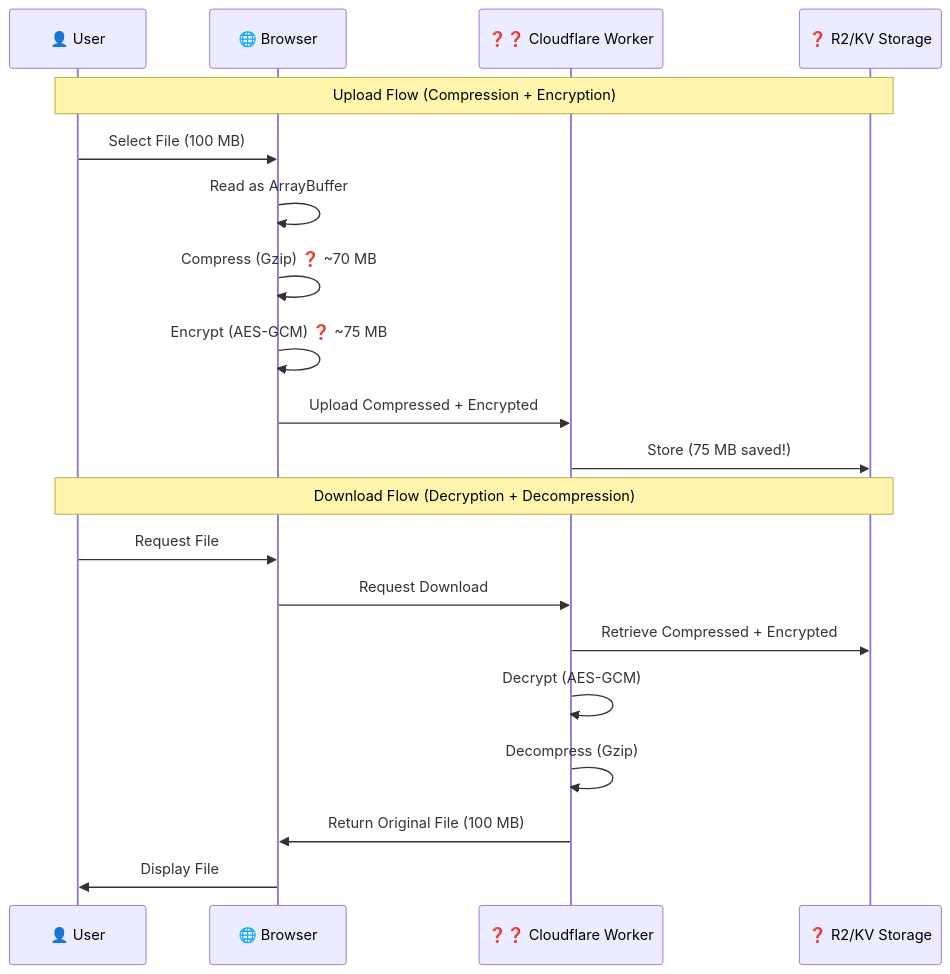
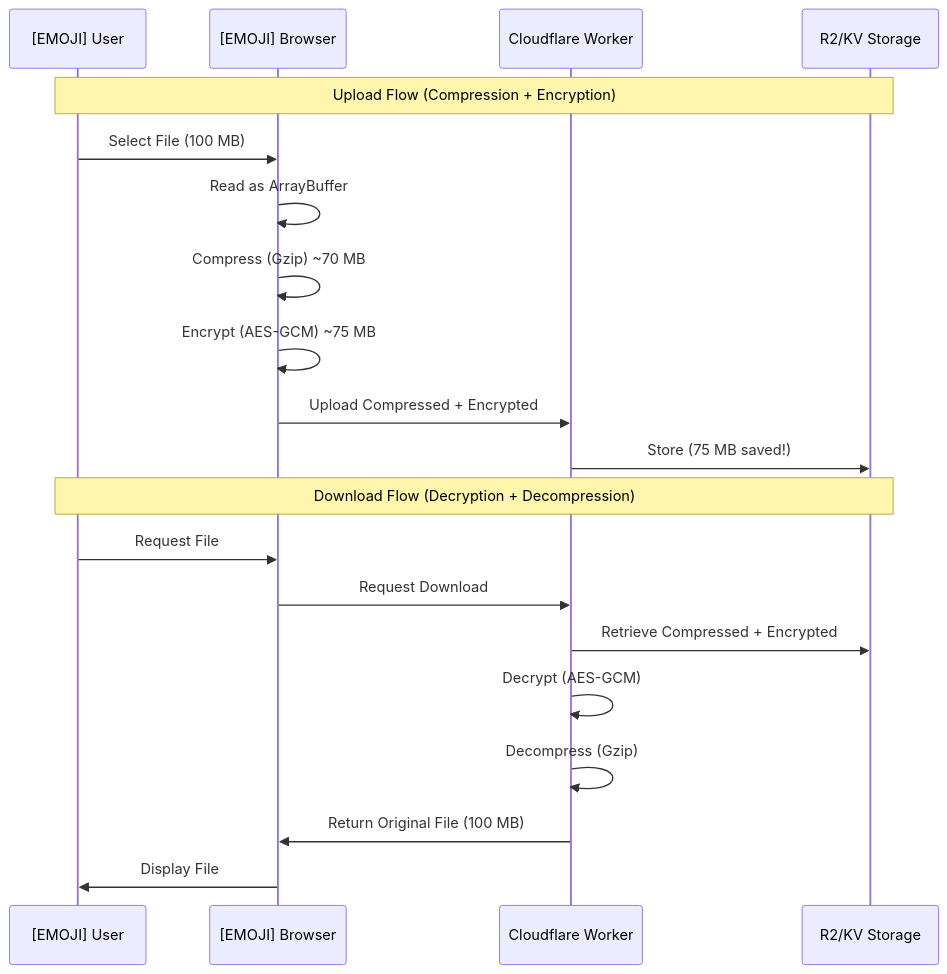
One commit to Underwood-Inc/strixun-stream-suite changed the third of 3 diagrams in packages/api-framework/encryption/README.md. Above: the diagram before and after it, drawn with Mermaid. The commit also changed other lines of this file and 424 other files, not shown here.

````diff
--- a/packages/api-framework/encryption/README.md
+++ b/packages/api-framework/encryption/README.md
@@ -470,24 +470,24 @@
 ```mermaid
 sequenceDiagram
-    participant User as 👤 User
-    participant Browser as 🌐 Browser
-    participant Worker as ❓❓ Cloudflare Worker
-    participant Storage as ❓ R2/KV Storage
+    participant User as [EMOJI] User
+    participant Browser as [EMOJI] Browser
+    participant Worker as  Cloudflare Worker
+    participant Storage as  R2/KV Storage
     
     Note over User,Storage: Upload Flow (Compression + Encryption)
     User->>Browser: Select File (100 MB)
     Browser->>Browser: Read as ArrayBuffer
-    Browser->>Browser: Compress (Gzip) ❓ ~70 MB
-    Browser->>Browser: Encrypt (AES-GCM) ❓ ~75 MB
+    Browser->>Browser: Compress (Gzip)  ~70 MB
+    Browser->>Browser: Encrypt (AES-GCM)  ~75 MB
     Browser->>Worker: Upload Compressed + Encrypted
     Worker->>Storage: Store (75 MB saved!)
     
     Note over User,Storage: Download Flow (Decryption + Decompression)
     User->>Browser: Request File
     Browser->>Worker: Request Download
     Worker->>Storage: Retrieve Compressed + Encrypted
     Worker->>Worker: Decrypt (AES-GCM)
     Worker->>Worker: Decompress (Gzip)
     Worker->>Browser: Return Original File (100 MB)
     Browser->>User: Display File
 ```
````
